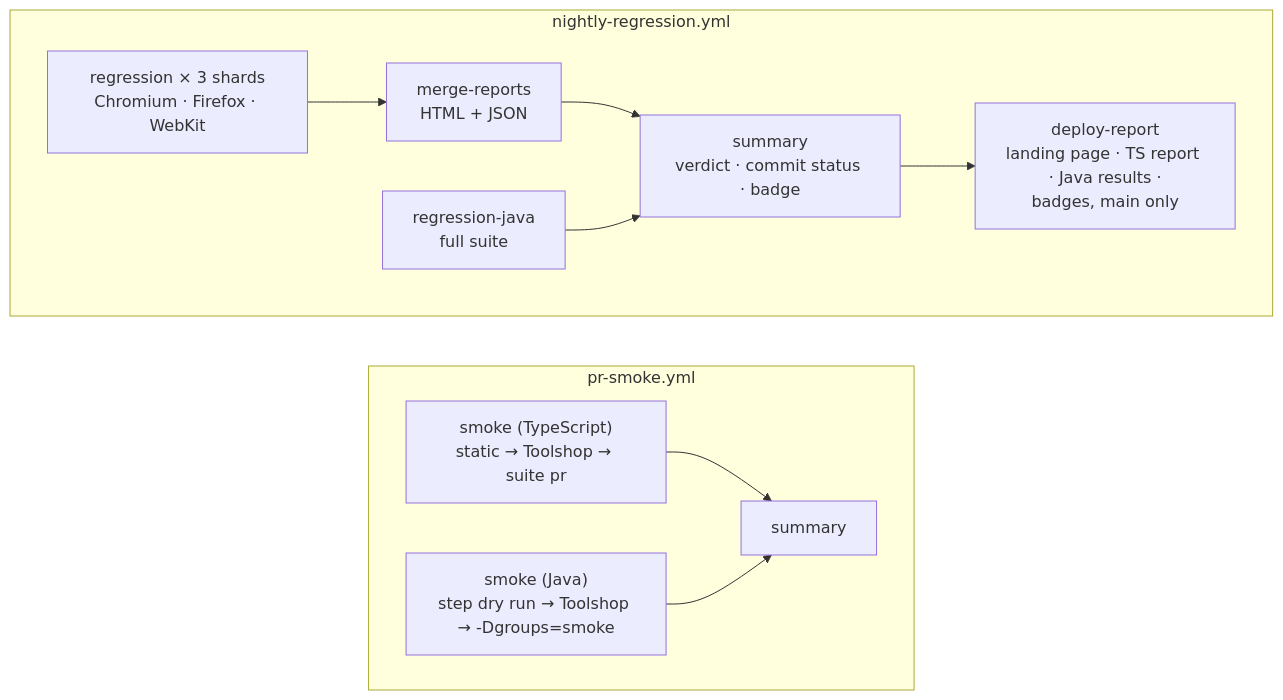
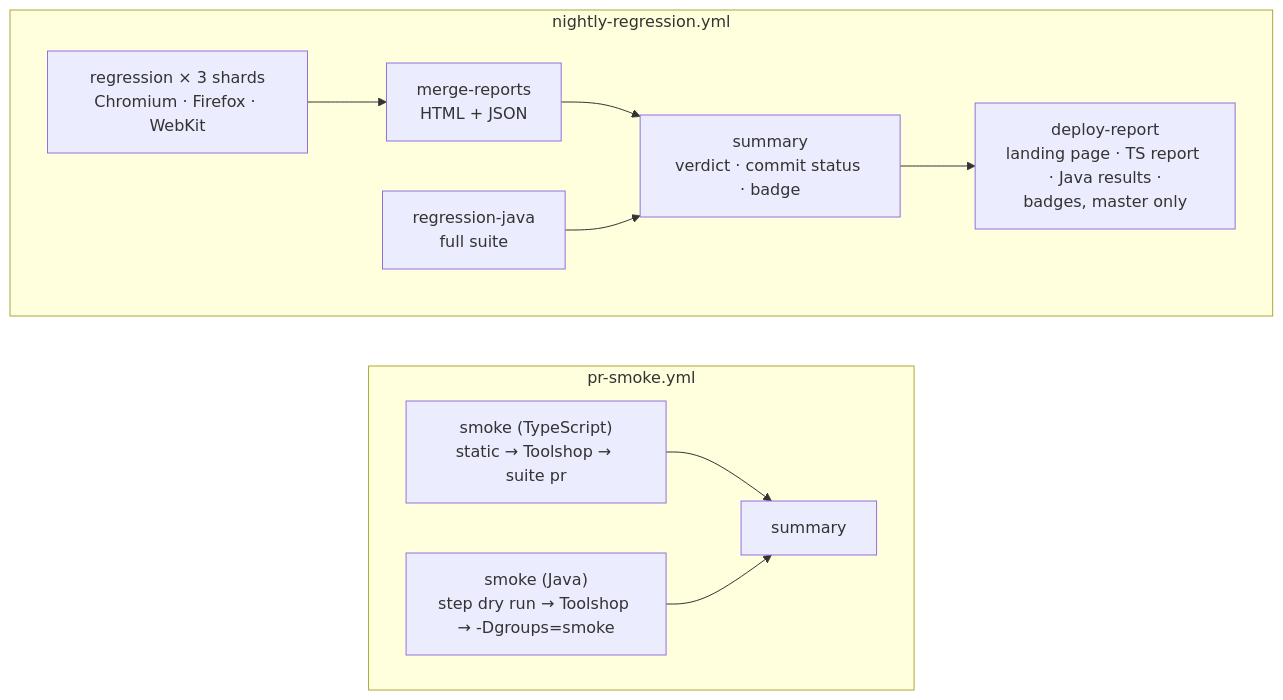
Before and after one commit to junchunip-hue/playwright-e2e-showcase: the diagram in docs/ci.md, drawn with Mermaid. The commit also changed other lines of this file and 6 other files, not shown here.

````diff
--- a/docs/ci.md
+++ b/docs/ci.md
@@ -29,14 +29,14 @@
 ```mermaid
 flowchart LR
   subgraph PRW["pr-smoke.yml"]
     direction LR
     A["smoke (TypeScript)<br/>static → Toolshop → suite pr"] --> C["summary"]
     B["smoke (Java)<br/>step dry run → Toolshop → -Dgroups=smoke"] --> C
   end
   subgraph NW["nightly-regression.yml"]
     direction LR
     R["regression × 3 shards<br/>Chromium · Firefox · WebKit"] --> M["merge-reports<br/>HTML + JSON"] --> S["summary<br/>verdict · commit status · badge"]
     RJ["regression-java<br/>full suite"] --> S
-    S --> D["deploy-report<br/>landing page · TS report · Java results ·<br/>badges, main only"]
+    S --> D["deploy-report<br/>landing page · TS report · Java results ·<br/>badges, master only"]
   end
 ```
````
